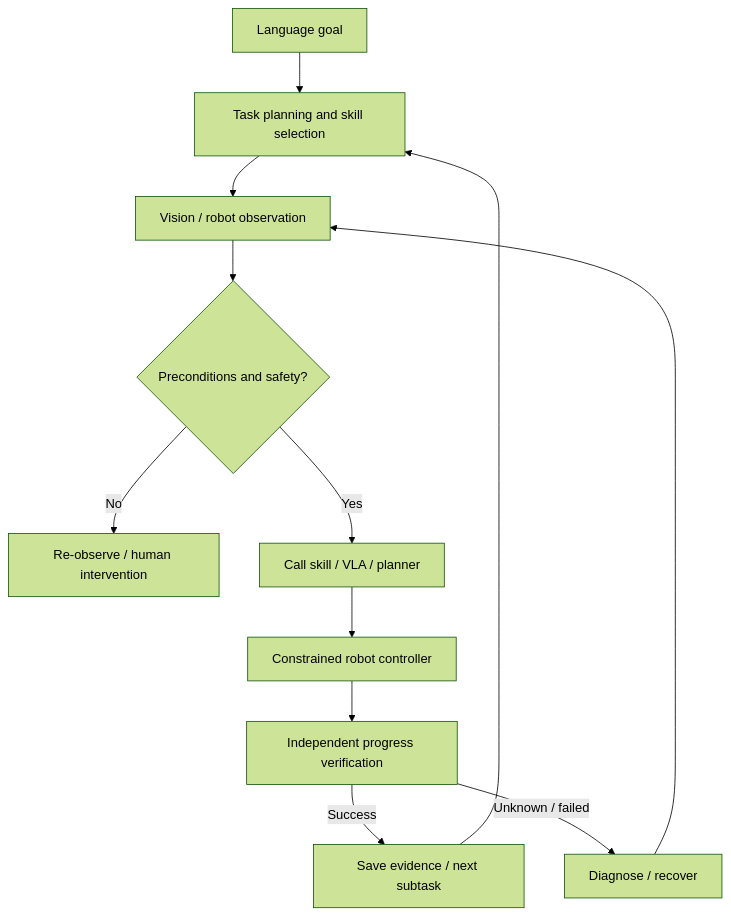
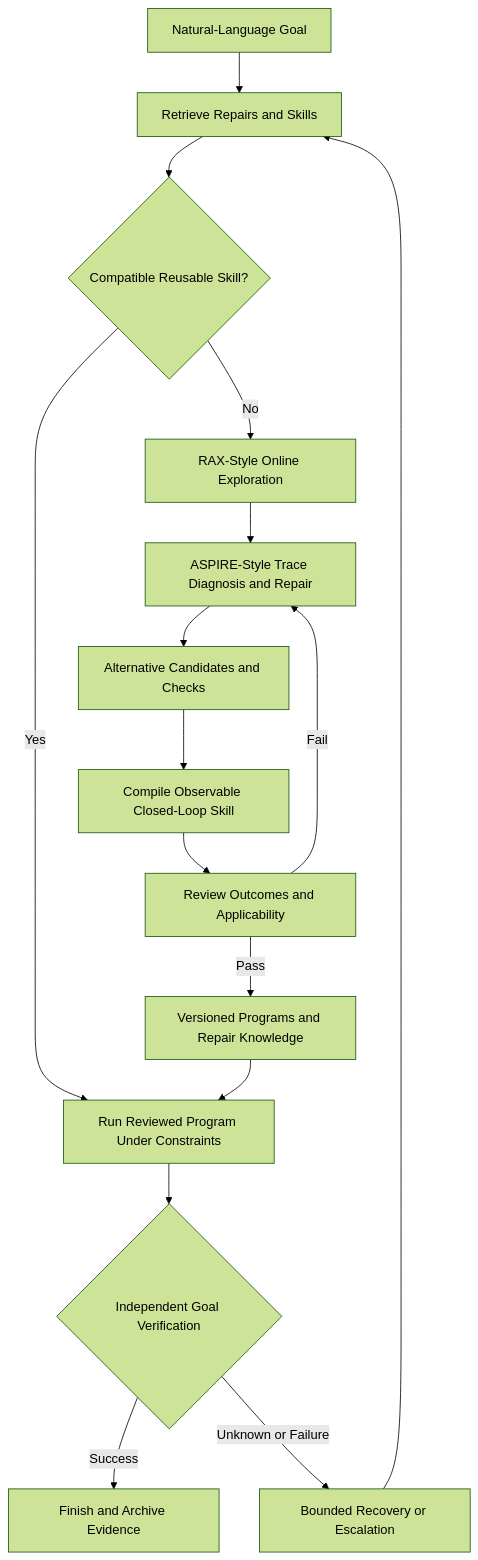
One commit to zengxiong111/Foundation_of_Embodied_AI changed the third of 3 diagrams in md/Robot_Agent_Workflow_EN.md. Above: the diagram before and after it, drawn with Mermaid (forest theme). The commit also changed other lines of this file and 35 other files, not shown here.

First line of the commit message:
Update bilingual Robot Agent chapter with ASPIRE and RAX notes [skip ci]

````diff
--- a/md/Robot_Agent_Workflow_EN.md
+++ b/md/Robot_Agent_Workflow_EN.md
@@ -105,14 +311,18 @@
-~~~mermaid
+```mermaid
 flowchart TD
-  G["Language goal"] --> P["Task planning and skill selection"]
-  P --> O["Vision / robot observation"]
-  O --> C{"Preconditions and safety?"}
-  C -- "No" --> R["Re-observe / human intervention"]
-  C -- "Yes" --> A["Call skill / VLA / planner"]
-  A --> S["Constrained robot controller"]
-  S --> V["Independent progress verification"]
-  V -- "Success" --> M["Save evidence / next subtask"]
-  V -- "Unknown / failed" --> F["Diagnose / recover"]
-  F --> O
-  M --> P
-~~~
+ G[Natural-Language Goal] --> M[Retrieve Repairs and Skills]
+ M --> Q{Compatible Reusable Skill?}
+ Q -- Yes --> R[Run Reviewed Program Under Constraints]
+ Q -- No --> X[RAX-Style Online Exploration]
+ X --> A[ASPIRE-Style Trace Diagnosis and Repair]
+ A --> E[Alternative Candidates and Checks]
+ E --> C[Compile Observable Closed-Loop Skill]
+ C --> V[Review Outcomes and Applicability]
+ V -- Pass --> L[Versioned Programs and Repair Knowledge]
+ V -- Fail --> A
+ L --> R
+ R --> S{Independent Goal Verification}
+ S -- Success --> D[Finish and Archive Evidence]
+ S -- Unknown or Failure --> F[Bounded Recovery or Escalation]
+ F --> M
+```
````
